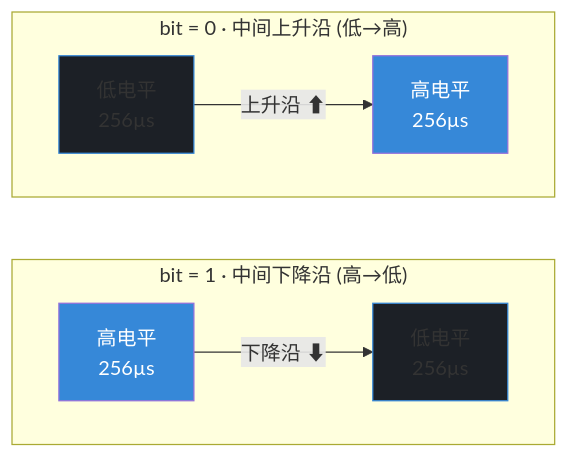
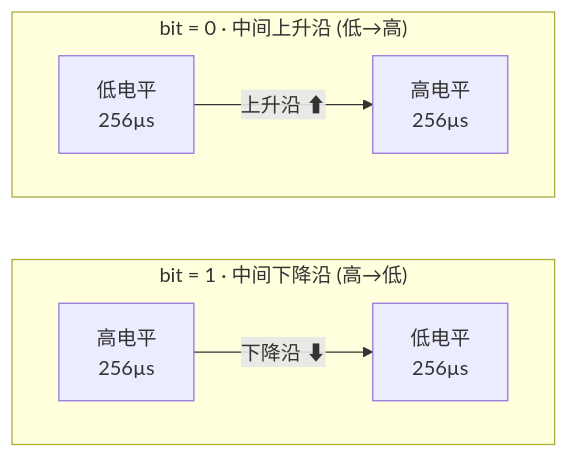
One commit to Siaiai/ObsidianNote changed the second of 32 diagrams in 输出/SR3读卡器/EM4095详解.md. Above: the diagram before and after it, drawn with Mermaid. The commit also changed other lines of this file and 4 other files, not shown here.

````diff
--- a/输出/SR3读卡器/EM4095详解.md
+++ b/输出/SR3读卡器/EM4095详解.md
@@ -67,33 +66,24 @@
 ```mermaid
 
 flowchart LR
 
     subgraph bit1["bit = 1 · 中间下降沿 (高→低)"]
 
         direction LR
 
         H1["高电平\n256µs"] -->|"下降沿 ⬇"| L1["低电平\n256µs"]
 
     end
 
   
 
     subgraph bit0["bit = 0 · 中间上升沿 (低→高)"]
 
         direction LR
 
         L0["低电平\n256µs"] -->|"上升沿 ⬆"| H0["高电平\n256µs"]
 
     end
 
-  
-
-    style H1 fill:#3688d8,color:#fff
-
-    style L1 fill:#1c2026,stroke:#3688d8
-
-    style L0 fill:#1c2026,stroke:#3688d8
-
-    style H0 fill:#3688d8,color:#fff
 
 ```
````
